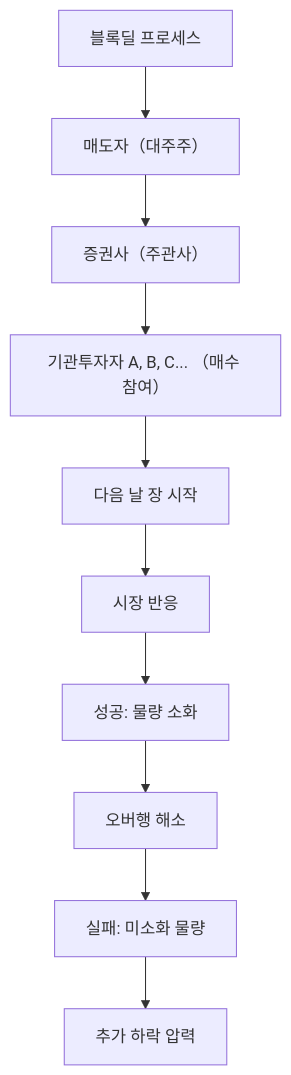
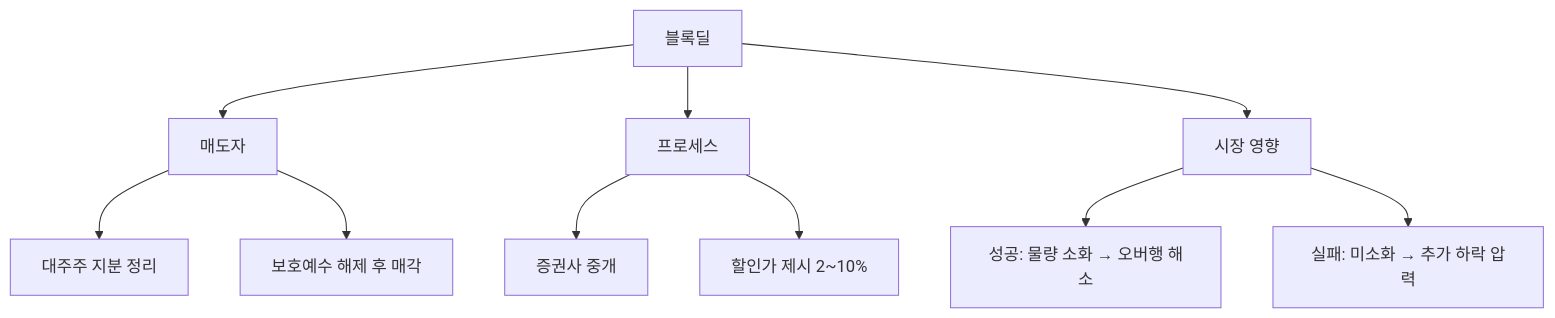
The diagram in content/stock-terms/ko/level-07-earnings/block-deal.md (yeongseon/stock-visual-note), drawn with Mermaid before and after one commit. The commit also changed other lines of this file and 96 other files, not shown here.

Commit message:
Rewrite all 98 remaining articles: branching Mermaid diagrams, natural search_intent, compelling seo_titles, clean descriptions

````diff
--- a/content/stock-terms/ko/level-07-earnings/block-deal.md
+++ b/content/stock-terms/ko/level-07-earnings/block-deal.md
@@ -42,22 +42,13 @@
 ```mermaid
 graph TD
-    A0["블록딜 프로세스"]
-    A1["매도자（대주주）"]
-    A2["증권사（주관사）"]
-    A3["기관투자자 A, B, C... （매수 참여）"]
-    A4["다음 날 장 시작"]
-    A5["시장 반응"]
-    A6["성공: 물량 소화"]
-    A7["오버행 해소"]
-    A8["실패: 미소화 물량"]
-    A9["추가 하락 압력"]
-    A0 --> A1
-    A1 --> A2
-    A2 --> A3
-    A3 --> A4
-    A4 --> A5
-    A5 --> A6
-    A6 --> A7
-    A7 --> A8
-    A8 --> A9
+    A["블록딜"]
+    A --> B["매도자"]
+    A --> C["프로세스"]
+    A --> D["시장 영향"]
+    B --> B1["대주주 지분 정리"]
+    B --> B2["보호예수 해제 후 매각"]
+    C --> C1["증권사 중개"]
+    C --> C2["할인가 제시 2~10%"]
+    D --> D1["성공: 물량 소화 → 오버행 해소"]
+    D --> D2["실패: 미소화 → 추가 하락 압력"]
 ```
````
